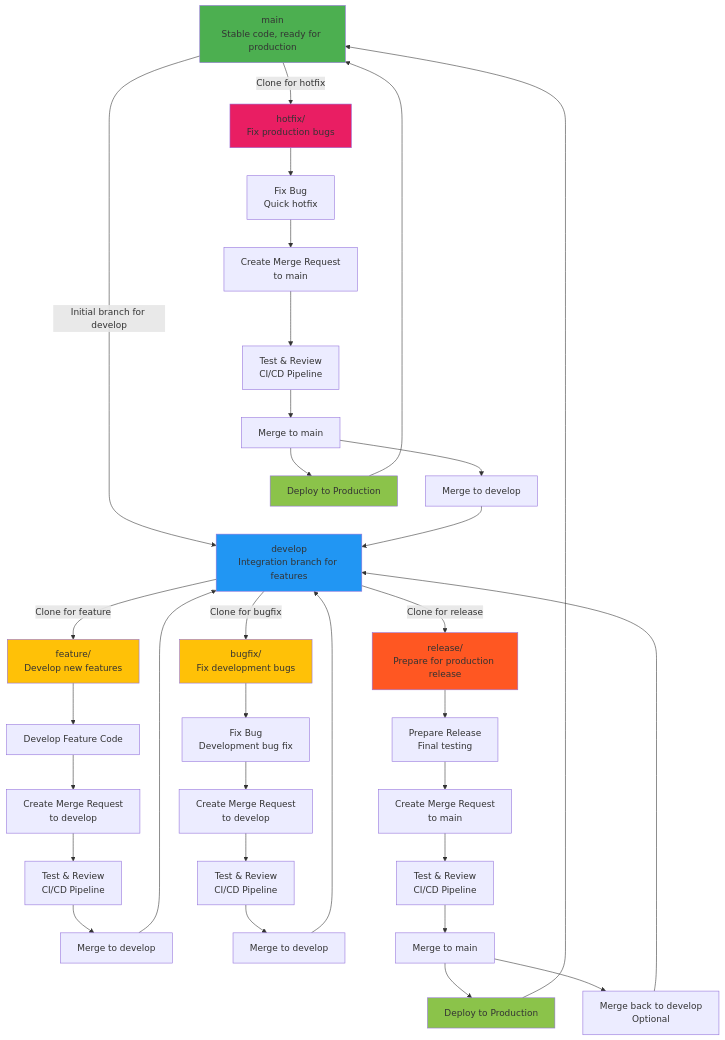
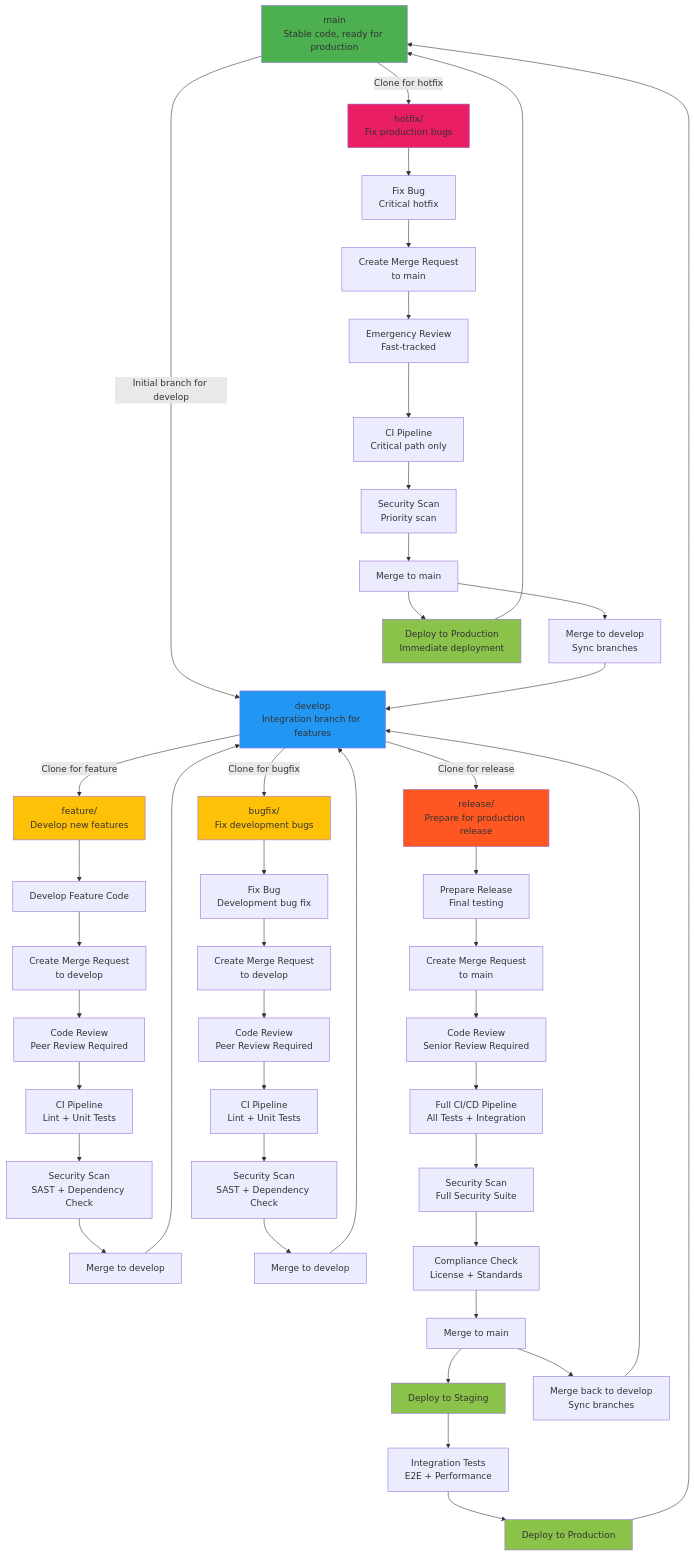
The diagram in README.md (mdastpak/git-workflow-diagram-repo), drawn with Mermaid before and after one commit. The commit also changed other lines of this file and 1 other file, not shown here.

Commit message:
Enhance workflow diagram with detailed CI/CD stages and security scans

````diff
--- a/README.md
+++ b/README.md
@@ -7,47 +7,59 @@
 ```mermaid
 graph TD
     A[main<br/>Stable code, ready for production] -->|Clone for hotfix| E[hotfix/<br/>Fix production bugs]
     A -->|Initial branch for develop| B[develop<br/>Integration branch for features]
     B -->|Clone for feature| C[feature/<br/>Develop new features]
     B -->|Clone for bugfix| V[bugfix/<br/>Fix development bugs]
     B -->|Clone for release| D[release/<br/>Prepare for production release]
 
     C --> F[Develop Feature Code]
     F --> G[Create Merge Request<br/>to develop]
-    G --> H[Test & Review<br/>CI/CD Pipeline]
-    H --> I[Merge to develop]
-    I --> B
+    G --> H[Code Review<br/>Peer Review Required]
+    H --> I[CI Pipeline<br/>Lint + Unit Tests]
+    I --> J[Security Scan<br/>SAST + Dependency Check]
+    J --> K[Merge to develop]
+    K --> B
 
     V --> W[Fix Bug<br/>Development bug fix]
     W --> X[Create Merge Request<br/>to develop]
-    X --> Y[Test & Review<br/>CI/CD Pipeline]
-    Y --> Z[Merge to develop]
-    Z --> B
+    X --> Y[Code Review<br/>Peer Review Required]
+    Y --> Z[CI Pipeline<br/>Lint + Unit Tests]
+    Z --> AA[Security Scan<br/>SAST + Dependency Check]
+    AA --> BB[Merge to develop]
+    BB --> B
 
-    D --> J[Prepare Release<br/>Final testing]
-    J --> K[Create Merge Request<br/>to main]
-    K --> L[Test & Review<br/>CI/CD Pipeline]
-    L --> M[Merge to main]
-    M --> N[Deploy to Production]
-    N --> A
-    M --> O[Merge back to develop<br/>Optional]
-    O --> B
+    D --> CC[Prepare Release<br/>Final testing]
+    CC --> DD[Create Merge Request<br/>to main]
+    DD --> EE[Code Review<br/>Senior Review Required]
+    EE --> FF[Full CI/CD Pipeline<br/>All Tests + Integration]
+    FF --> GG[Security Scan<br/>Full Security Suite]
+    GG --> HH[Compliance Check<br/>License + Standards]
+    HH --> II[Merge to main]
+    II --> JJ[Deploy to Staging]
+    JJ --> KK[Integration Tests<br/>E2E + Performance]
+    KK --> LL[Deploy to Production]
+    LL --> A
+    II --> MM[Merge back to develop<br/>Sync branches]
+    MM --> B
 
-    E --> P[Fix Bug<br/>Quick hotfix]
-    P --> Q[Create Merge Request<br/>to main]
-    Q --> R[Test & Review<br/>CI/CD Pipeline]
-    R --> S[Merge to main]
-    S --> T[Merge to develop]
-    T --> B
-    S --> U[Deploy to Production]
-    U --> A
+    E --> NN[Fix Bug<br/>Critical hotfix]
+    NN --> OO[Create Merge Request<br/>to main]
+    OO --> PP[Emergency Review<br/>Fast-tracked]
+    PP --> QQ[CI Pipeline<br/>Critical path only]
+    QQ --> RR[Security Scan<br/>Priority scan]
+    RR --> SS[Merge to main]
+    SS --> TT[Merge to develop<br/>Sync branches]
+    TT --> B
+    SS --> UU[Deploy to Production<br/>Immediate deployment]
+    UU --> A
 
     style A fill:#4CAF50
     style B fill:#2196F3
     style C fill:#FFC107
     style V fill:#FFC107
     style D fill:#FF5722
     style E fill:#E91E63
-    style N fill:#8BC34A
-    style U fill:#8BC34A
+    style JJ fill:#8BC34A
+    style LL fill:#8BC34A
+    style UU fill:#8BC34A
 ```
````
